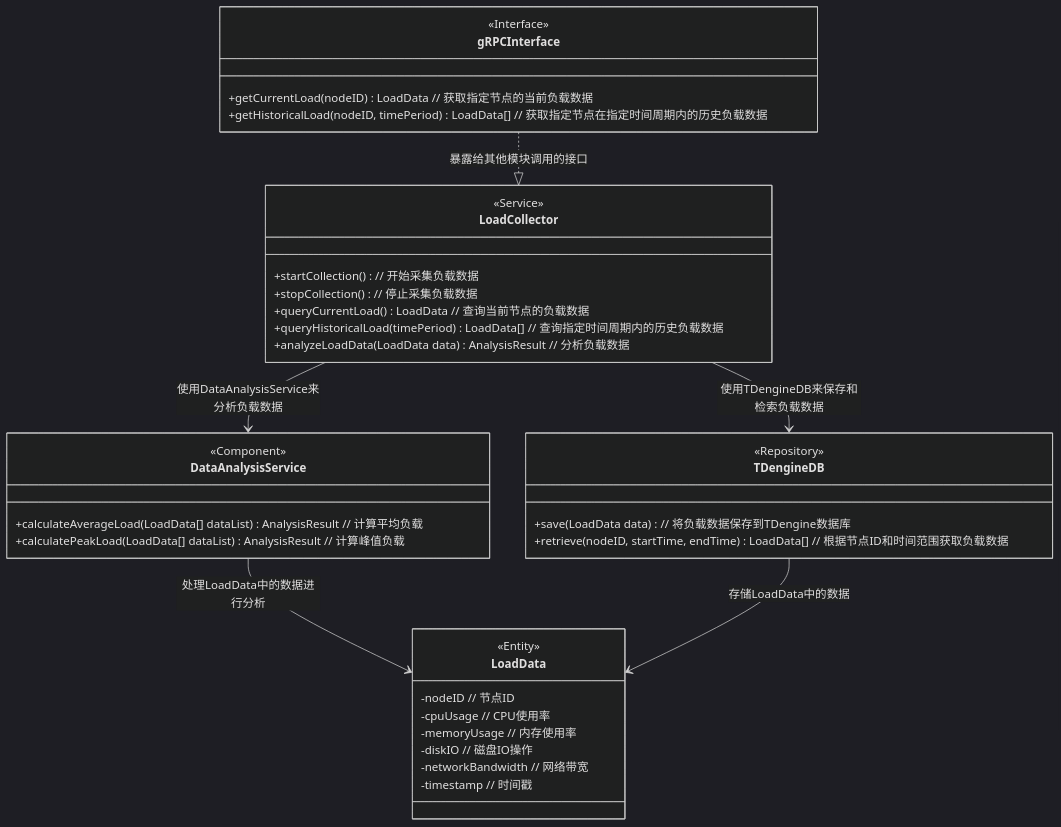
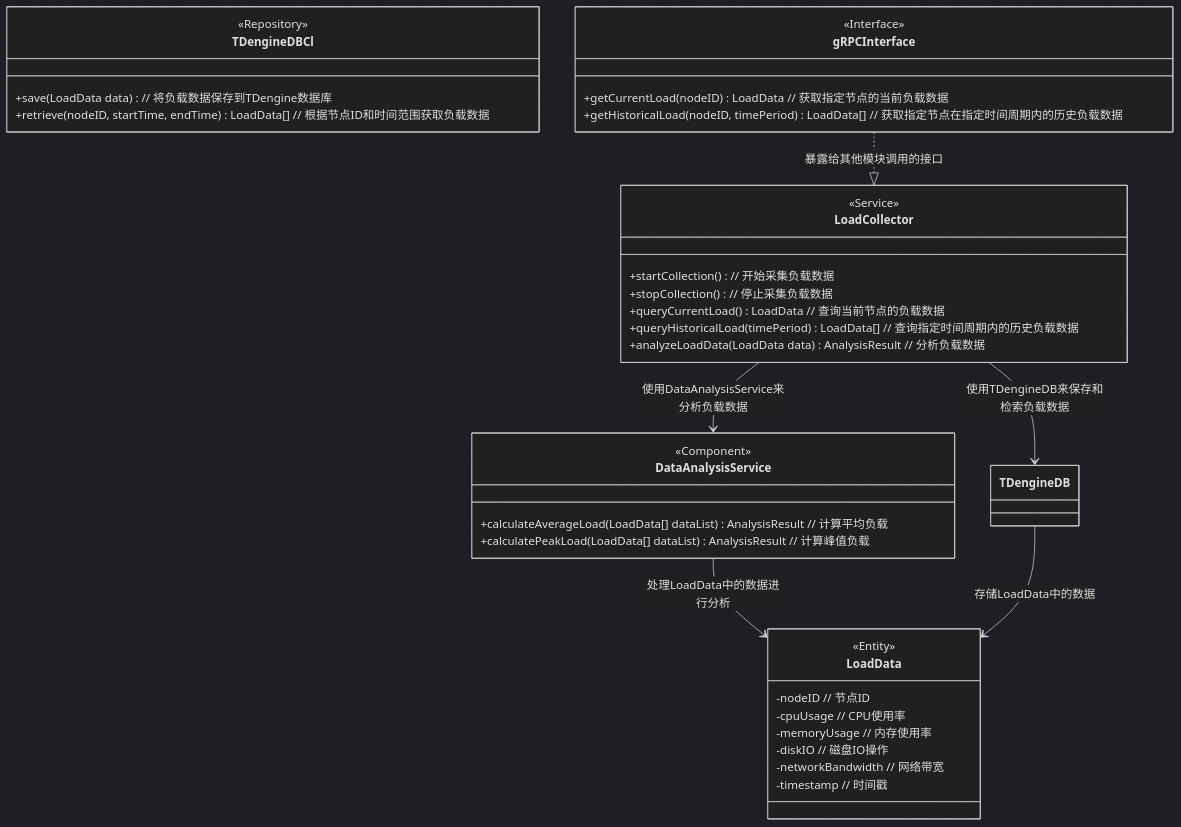
The diagram in all/未命名.md (jjj960/iodraw-files), drawn with Mermaid (dark theme) before and after one commit.

Commit message:
2025-03-06 17:03:13 update

````diff
--- a/all/未命名.md
+++ b/all/未命名.md
@@ -1,46 +1,46 @@
 ```mermaid
 classDiagram
     class LoadCollector {
         <<Service>> 
         +startCollection()  // 开始采集负载数据
         +stopCollection()  // 停止采集负载数据
         +queryCurrentLoad() LoadData  // 查询当前节点的负载数据
         +queryHistoricalLoad(timePeriod) LoadData[]  // 查询指定时间周期内的历史负载数据
         +analyzeLoadData(LoadData data) AnalysisResult  // 分析负载数据
     }
 
     class LoadData {
         <<Entity>> 
         -nodeID  // 节点ID
         -cpuUsage  // CPU使用率
         -memoryUsage  // 内存使用率
         -diskIO  // 磁盘IO操作
         -networkBandwidth  // 网络带宽
         -timestamp  // 时间戳
     }
 
-    class TDengineDB {
+    class TDengineDBCl {
         <<Repository>>
         +save(LoadData data)  // 将负载数据保存到TDengine数据库
         +retrieve(nodeID, startTime, endTime) LoadData[]  // 根据节点ID和时间范围获取负载数据
     }
 
     class DataAnalysisService {
-        <<Component>>  
+        <<Component>> 
         +calculateAverageLoad(LoadData[] dataList) AnalysisResult  // 计算平均负载
         +calculatePeakLoad(LoadData[] dataList) AnalysisResult  // 计算峰值负载
     }
 
     LoadCollector --> TDengineDB : 使用TDengineDB来保存和检索负载数据
     LoadCollector --> DataAnalysisService : 使用DataAnalysisService来分析负载数据
     DataAnalysisService --> LoadData : 处理LoadData中的数据进行分析
     TDengineDB --> LoadData : 存储LoadData中的数据
 
     class gRPCInterface {
         <<Interface>> 
         +getCurrentLoad(nodeID) LoadData  // 获取指定节点的当前负载数据
         +getHistoricalLoad(nodeID, timePeriod) LoadData[]  // 获取指定节点在指定时间周期内的历史负载数据
     }
 
     gRPCInterface ..|> LoadCollector : 暴露给其他模块调用的接口
 ```
````
